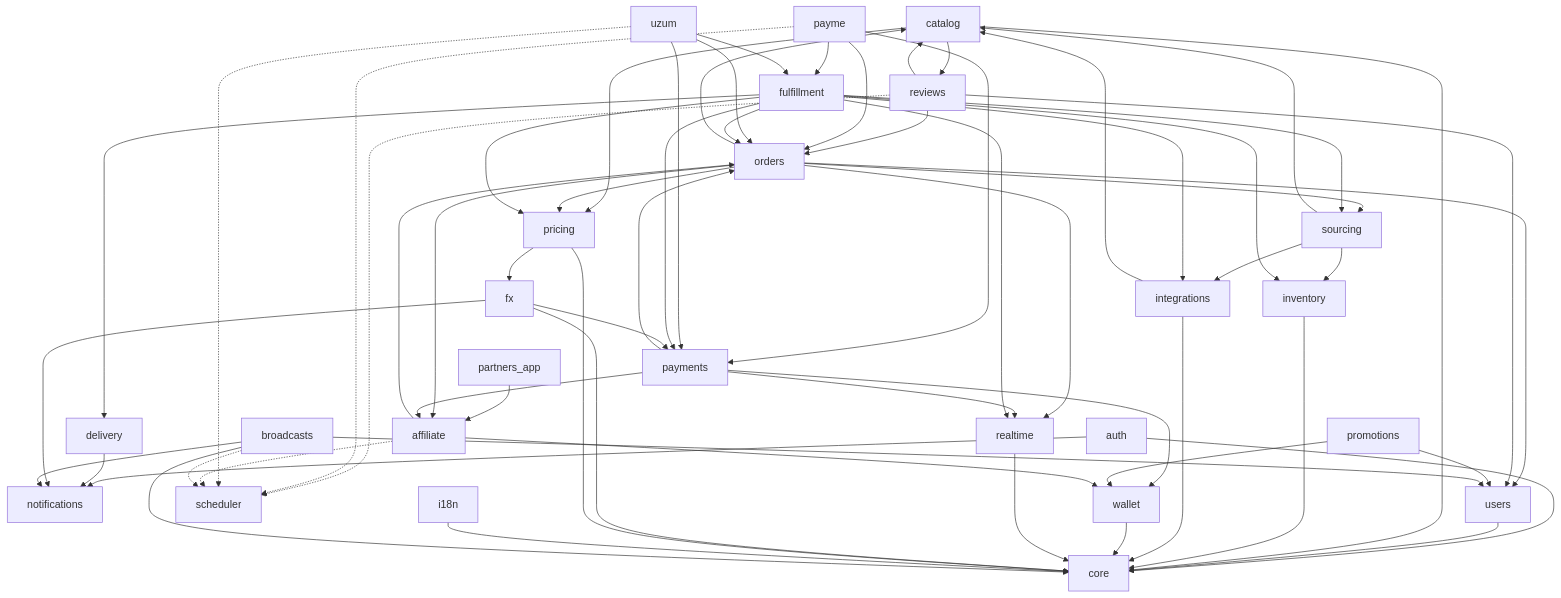
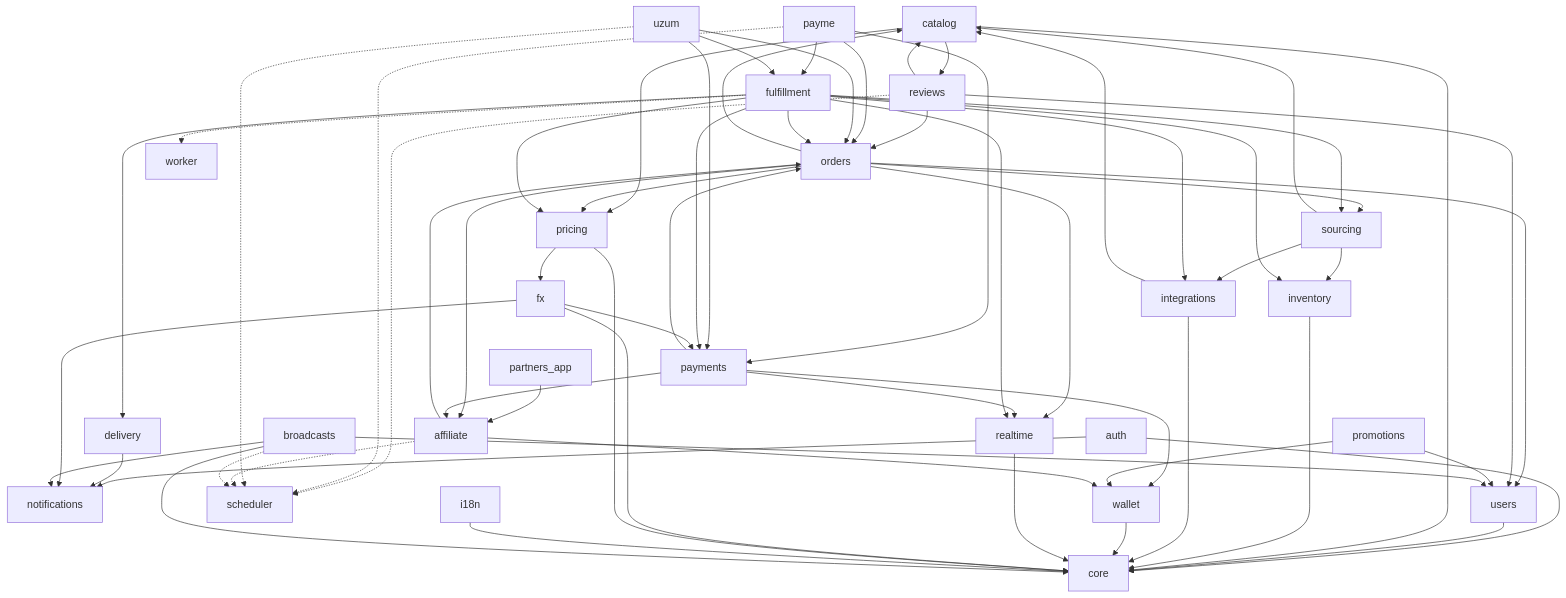
The diagram in docs/architecture/module-map.md (jamaomonov/yupay), drawn with Mermaid before and after one commit. The commit also changed other lines of this file and 3 other files, not shown here.

````diff
--- a/docs/architecture/module-map.md
+++ b/docs/architecture/module-map.md
@@ -40,67 +40,68 @@
 ```mermaid
 flowchart TB
     auth --> core
     auth --> notifications
     users --> core
     catalog --> core
     inventory --> core
     integrations --> core
     integrations --> catalog
     sourcing --> catalog
     sourcing --> inventory
     sourcing --> integrations
     orders --> catalog
     orders --> users
     orders --> sourcing
     reviews --> catalog
     reviews --> orders
     reviews --> users
     catalog --> reviews
     reviews -.-> scheduler
     payments --> orders
     payments --> wallet
     payme --> payments
     payme --> orders
     payme --> fulfillment
     payme -.-> scheduler
     uzum --> payments
     uzum --> orders
     uzum --> fulfillment
     uzum -.-> scheduler
     click --> payments
     click --> orders
     click -.-> scheduler
     wallet --> core
     promotions --> wallet
     promotions --> users
     affiliate --> wallet
     affiliate --> orders
     affiliate -.-> scheduler
     partners_app --> affiliate
     orders --> affiliate
     payments --> affiliate
     fulfillment --> orders
     fulfillment --> payments
     fulfillment --> sourcing
     fulfillment --> inventory
     fulfillment --> integrations
     fulfillment --> delivery
+    fulfillment -.-> worker
     delivery --> notifications
     orders --> realtime
     payments --> realtime
     fulfillment --> realtime
     realtime --> core
     fx --> core
     fx --> payments
     fx --> notifications
     pricing --> core
     pricing --> fx
     catalog --> pricing
     orders --> pricing
     fulfillment --> pricing
     i18n --> core
     broadcasts --> core
     broadcasts --> users
     broadcasts --> notifications
     broadcasts -.-> scheduler
 ```
````
